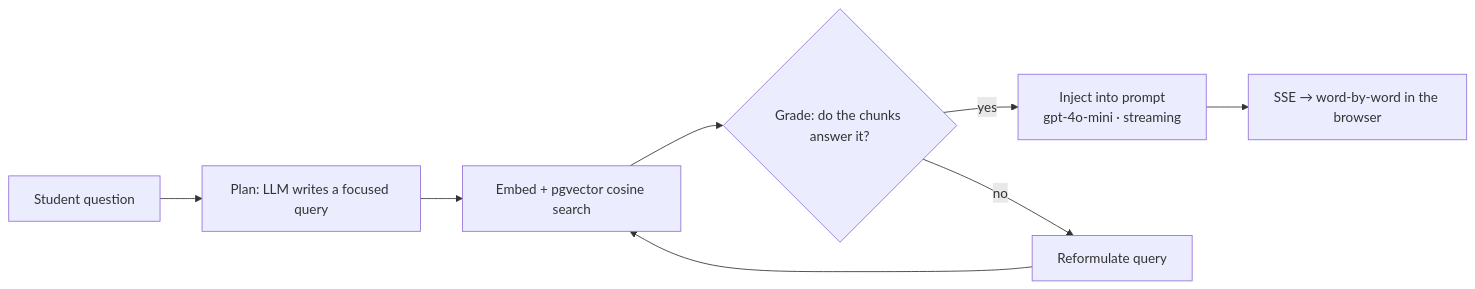
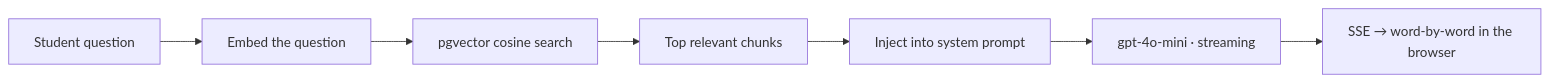
The second of 2 diagrams in README.md (ashimaryal25-ops/ask-jack), drawn with Mermaid before and after one commit. The commit also changed other lines of this file, not shown here.

````diff
--- a/README.md
+++ b/README.md
@@ -55,10 +51,9 @@
 ```mermaid
 flowchart LR
-  A[Student question] --> B[Plan: LLM writes a focused query]
-  B --> C[Embed + pgvector cosine search]
-  C --> D{Grade: do the chunks answer it?}
-  D -->|yes| F[Inject into prompt<br/>gpt-4o-mini · streaming]
-  D -->|no| E[Reformulate query]
-  E --> C
+  A[Student question] --> B[Embed the question]
+  B --> C[pgvector cosine search]
+  C --> D[Top relevant chunks]
+  D --> E[Inject into system prompt]
+  E --> F[gpt-4o-mini · streaming]
   F --> G[SSE → word-by-word in the browser]
 ```
````
